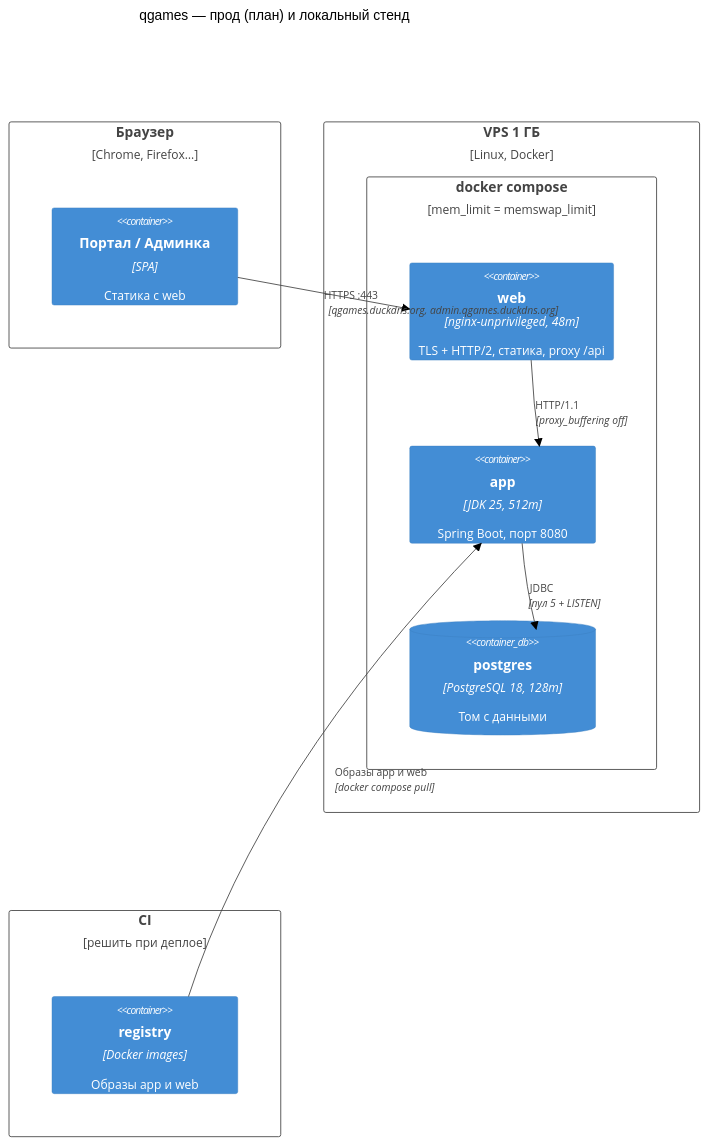
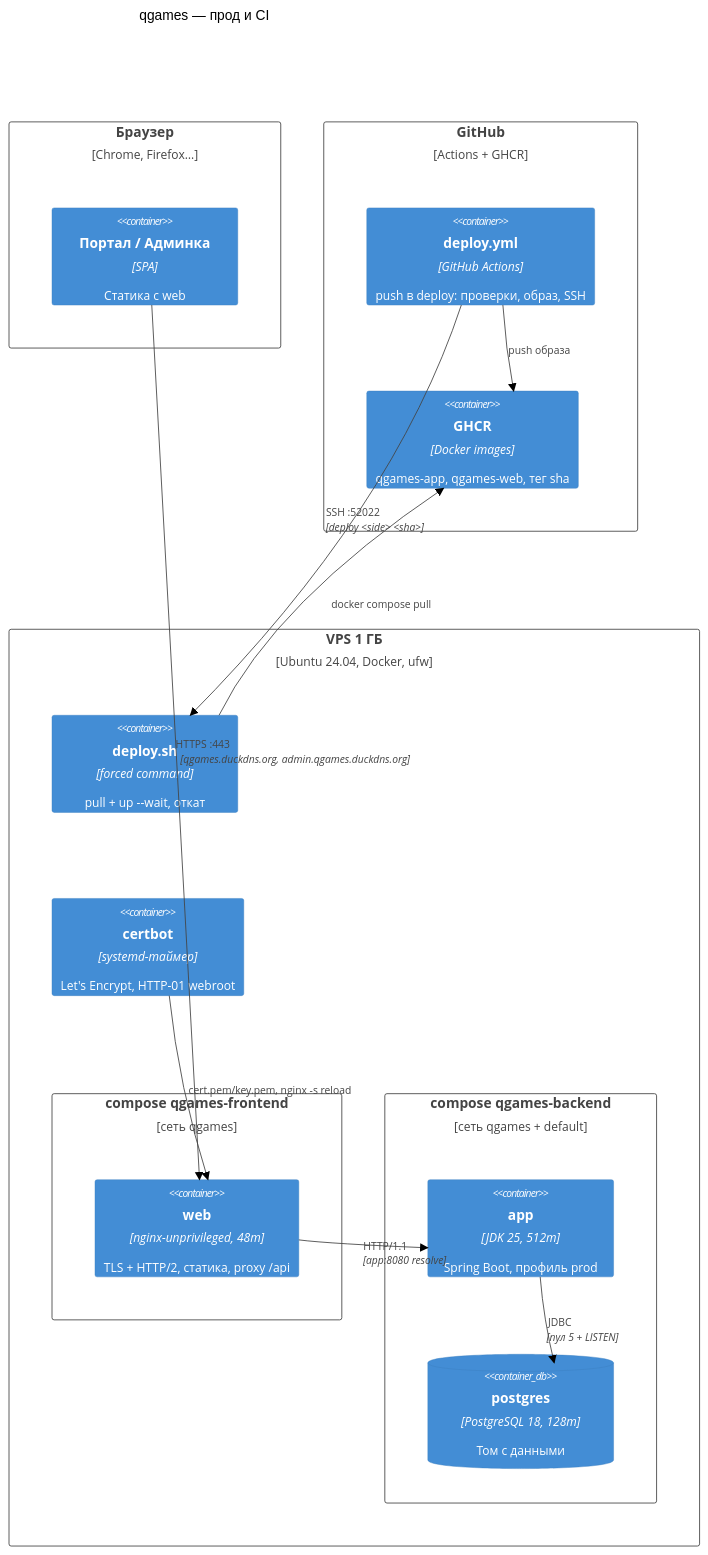
Before and after one commit to qwe3qwe3lott/qgames-workspace: the diagram in adr/c4/deployment.md, drawn with Mermaid (forest theme). The commit also changed other lines of this file and 7 other files, not shown here.

````diff
--- a/adr/c4/deployment.md
+++ b/adr/c4/deployment.md
@@ -5,27 +5,35 @@
 ```mermaid
 C4Deployment
-  title qgames — прод (план) и локальный стенд
+  title qgames — прод и CI
 
   Deployment_Node(browser, "Браузер", "Chrome, Firefox…") {
     Container(spa, "Портал / Админка", "SPA", "Статика с web")
   }
 
-  Deployment_Node(vps, "VPS 1 ГБ", "Linux, Docker") {
-    Deployment_Node(compose, "docker compose", "mem_limit = memswap_limit") {
+  Deployment_Node(gh, "GitHub", "Actions + GHCR") {
+    Container(ci, "deploy.yml", "GitHub Actions", "push в deploy: проверки, образ, SSH")
+    Container(registry, "GHCR", "Docker images", "qgames-app, qgames-web, тег sha")
+  }
+
+  Deployment_Node(vps, "VPS 1 ГБ", "Ubuntu 24.04, Docker, ufw") {
+    Container(deploy, "deploy.sh", "forced command", "pull + up --wait, откат")
+    Container(certbot, "certbot", "systemd-таймер", "Let's Encrypt, HTTP-01 webroot")
+    Deployment_Node(fe, "compose qgames-frontend", "сеть qgames") {
       Container(web, "web", "nginx-unprivileged, 48m", "TLS + HTTP/2, статика, proxy /api")
-      Container(app, "app", "JDK 25, 512m", "Spring Boot, порт 8080")
+    }
+    Deployment_Node(be, "compose qgames-backend", "сеть qgames + default") {
+      Container(app, "app", "JDK 25, 512m", "Spring Boot, профиль prod")
       ContainerDb(db, "postgres", "PostgreSQL 18, 128m", "Том с данными")
     }
   }
 
-  Deployment_Node(ci, "CI", "решить при деплое") {
-    Container(registry, "registry", "Docker images", "Образы app и web")
-  }
-
   Rel(spa, web, "HTTPS :443", "qgames.duckdns.org, admin.qgames.duckdns.org")
-  Rel(web, app, "HTTP/1.1", "proxy_buffering off")
+  Rel(web, app, "HTTP/1.1", "app:8080 resolve")
   Rel(app, db, "JDBC", "пул 5 + LISTEN")
-  Rel(registry, app, "Образы app и web", "docker compose pull")
+  Rel(ci, registry, "push образа")
+  Rel(ci, deploy, "SSH :52022", "deploy <side> <sha>")
+  Rel(deploy, registry, "docker compose pull")
+  Rel(certbot, web, "cert.pem/key.pem, nginx -s reload")
 
   UpdateLayoutConfig($c4ShapeInRow="3", $c4BoundaryInRow="2")
 ```
````
